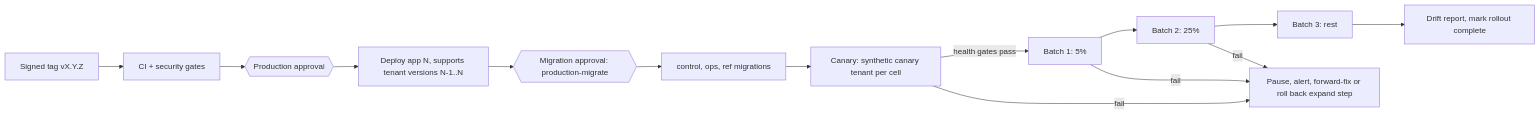
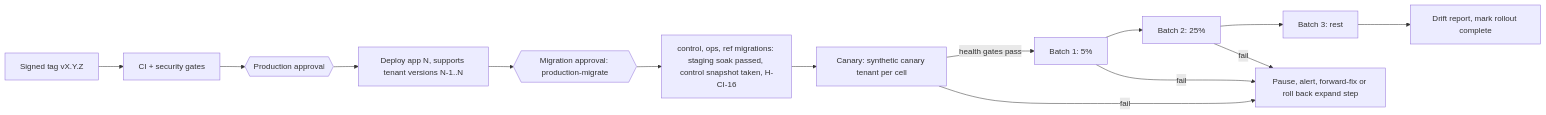
One commit to ShahidCS/Selvara changed the diagram in docs/architecture/backend-v2/phase2/2H-infrastructure.md. Above: the diagram before and after it, drawn with Mermaid. The commit also changed other lines of this file and 23 other files, not shown here.

````diff
--- a/docs/architecture/backend-v2/phase2/2H-infrastructure.md
+++ b/docs/architecture/backend-v2/phase2/2H-infrastructure.md
@@ -106,16 +106,16 @@
 ```mermaid
 flowchart LR
   TAG[Signed tag vX.Y.Z] --> GATES[CI + security gates]
   GATES --> APP{{Production approval}}
   APP --> DEPLOY[Deploy app N, supports tenant versions N-1..N]
   DEPLOY --> PRE{{Migration approval: production-migrate}}
-  PRE --> GLOBAL[control, ops, ref migrations]
+  PRE --> GLOBAL["control, ops, ref migrations: staging soak passed, control snapshot taken, H-CI-16"]
   GLOBAL --> CAN[Canary: synthetic canary tenant per cell]
   CAN -->|health gates pass| B1[Batch 1: 5%]
   B1 --> B2[Batch 2: 25%]
   B2 --> B3[Batch 3: rest]
   B3 --> DRIFT[Drift report, mark rollout complete]
   CAN -->|fail| PAUSE[Pause, alert, forward-fix or roll back expand step]
   B1 -->|fail| PAUSE
   B2 -->|fail| PAUSE
 ```
````
